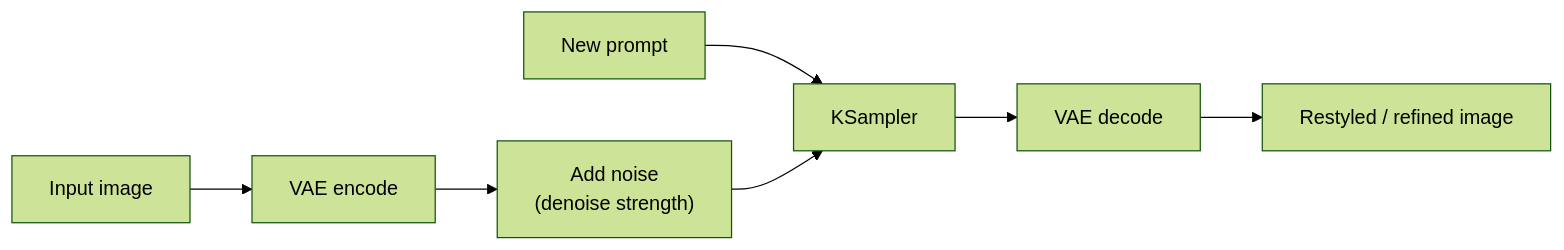
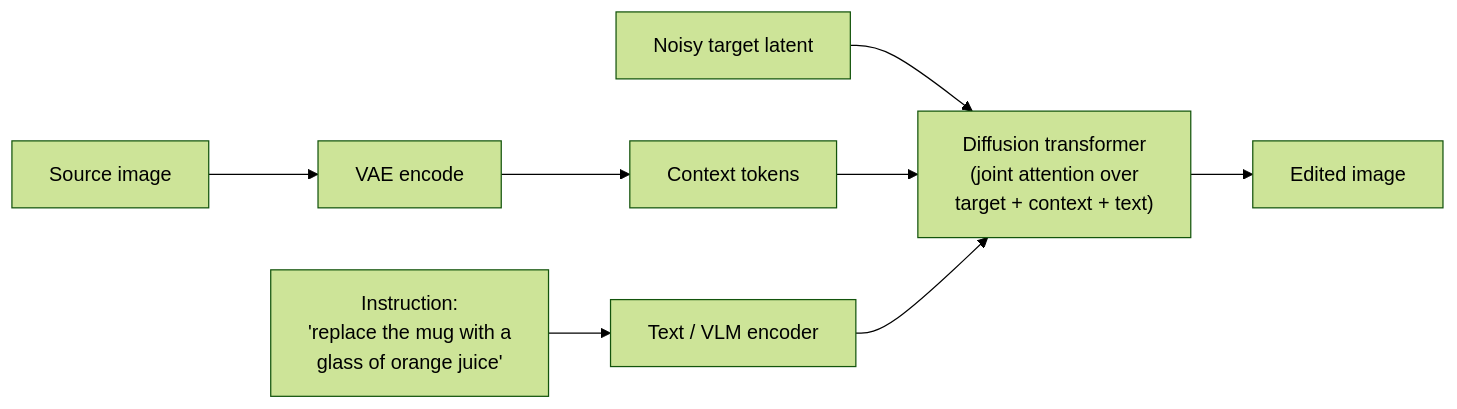
Before and after one commit to AndrewAltimit/Documentation: the fifth of 7 diagrams in github-pages/docs/ai-ml/inpainting-editing.md, drawn with Mermaid (forest theme). The commit also changed other lines of this file and 240 other files, not shown here.

````diff
--- a/github-pages/docs/ai-ml/inpainting-editing.md
+++ b/github-pages/docs/ai-ml/inpainting-editing.md
@@ -260,8 +259,10 @@
 ```mermaid
 flowchart LR
-    In["Input image"] --> Enc["VAE encode"]
-    Enc --> Noise["Add noise<br/>(denoise strength)"]
-    Prompt["New prompt"] --> KS["KSampler"]
-    Noise --> KS
-    KS --> Dec["VAE decode"] --> Out["Restyled / refined image"]
+    Src["Source image"] --> VAE["VAE encode"]
+    VAE --> Ctx["Context tokens"]
+    Ins["Instruction:<br/>'replace the mug with a<br/>glass of orange juice'"] --> TE["Text / VLM encoder"]
+    Noise["Noisy target latent"] --> DiT["Diffusion transformer<br/>(joint attention over<br/>target + context + text)"]
+    Ctx --> DiT
+    TE --> DiT
+    DiT --> Out["Edited image"]
 ```
````
